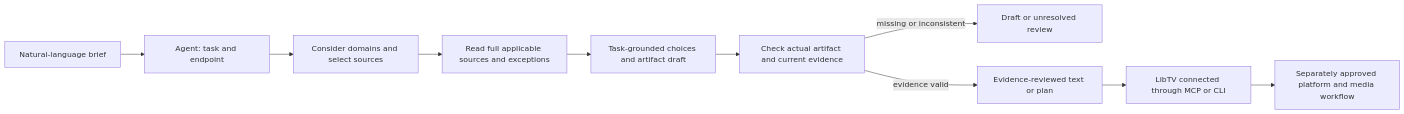
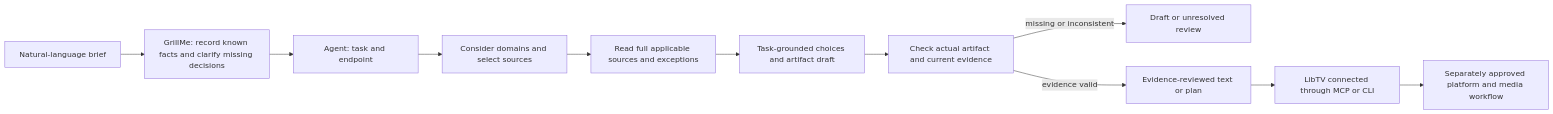
One commit to OldFossil-LGD/aigc-agent-studio changed the diagram in README.md. Above: the diagram before and after it, drawn with Mermaid. The commit also changed other lines of this file and 95 other files, not shown here.

```diff
--- a/README.md
+++ b/README.md
@@ -73,12 +75,13 @@
 ~~~mermaid
 flowchart LR
-  B[Natural-language brief] --> A[Agent: task and endpoint]
+  B[Natural-language brief] --> G[GrillMe: record known facts and clarify missing decisions]
+  G --> A[Agent: task and endpoint]
   A --> C[Consider domains and select sources]
   C --> R[Read full applicable sources and exceptions]
   R --> D[Task-grounded choices and artifact draft]
   D --> V[Check actual artifact and current evidence]
   V -->|missing or inconsistent| W[Draft or unresolved review]
   V -->|evidence valid| F[Evidence-reviewed text or plan]
   F --> L[LibTV connected through MCP or CLI]
   L --> P[Separately approved platform and media workflow]
 ~~~
```
